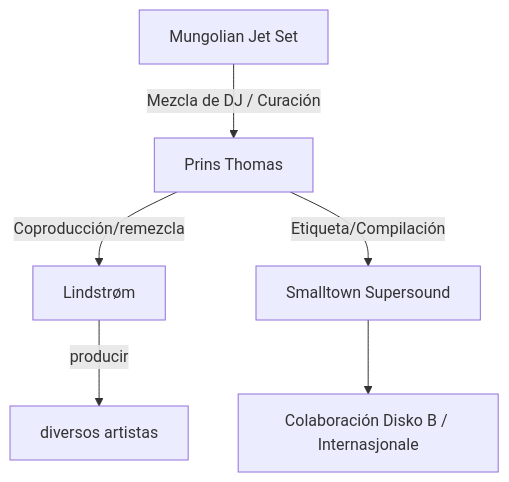
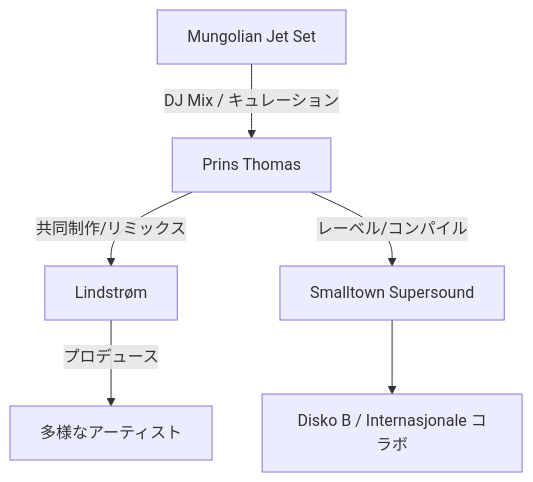
Before and after one commit to monumental-movement/monumental-movement.github.io: the diagram in es/_posts/2025-09-29-Column-Norwegian-disco.md, drawn with Mermaid. The commit also changed other lines of this file and 299 other files, not shown here.

```diff
--- a/es/_posts/2025-09-29-Column-Norwegian-disco.md
+++ b/es/_posts/2025-09-29-Column-Norwegian-disco.md
@@ -45,14 +45,14 @@
 <div class="mermaid">
 flowchart TD
   PT[Prins Thomas]
   LS[Lindstrøm]
   MJ[Mungolian Jet Set]
   ST[Smalltown Supersound]
-  DT[Colaboración Disko B / Internasjonale]
+  DT[Disko B / Internasjonale コラボ]
 
-  PT -->|Coproducción/remezcla| LS
-  LS -->|producir| OtherArtists[diversos artistas]
-  MJ -->|Mezcla de DJ / Curación| PT
-  PT -->|Etiqueta/Compilación| ST
+  PT -->|共同制作/リミックス| LS
+  LS -->|プロデュース| OtherArtists[多様なアーティスト]
+  MJ -->|DJ Mix / キュレーション| PT
+  PT -->|レーベル/コンパイル| ST
   ST --> DT
 </div>
```
